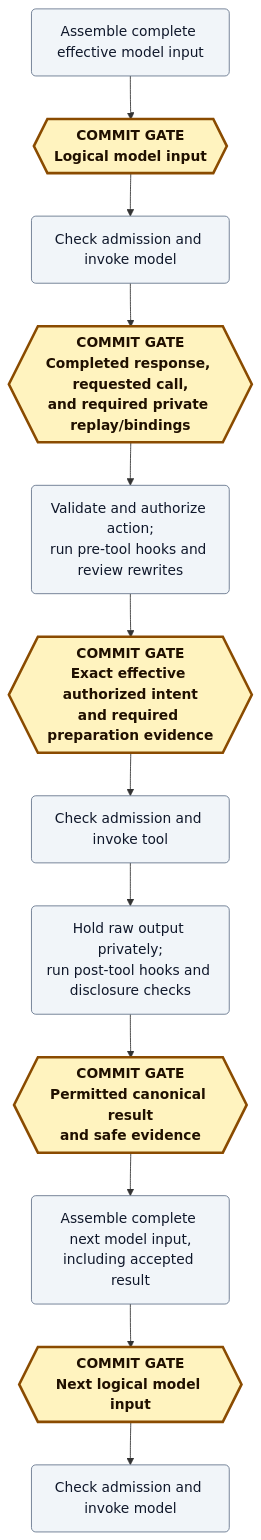
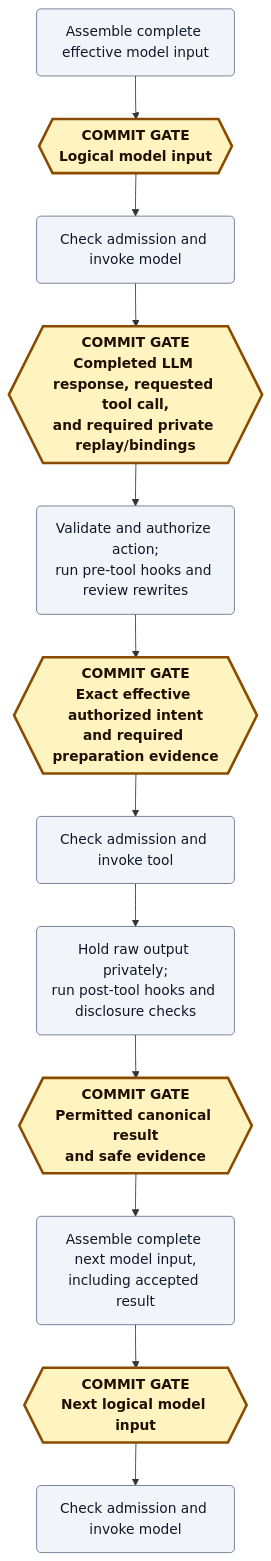
One commit to stacklok/mecatl changed the diagram in docs/drafts/session-history/execution-and-recovery.md. Above: the diagram before and after it, drawn with Mermaid. The commit also changed other lines of this file and 14 other files, not shown here.

````diff
--- a/docs/drafts/session-history/execution-and-recovery.md
+++ b/docs/drafts/session-history/execution-and-recovery.md
@@ -45,25 +45,25 @@
 ```mermaid
 flowchart TD
     assembleInput("Assemble complete effective model input")
     inputCommit{{"COMMIT GATE<br/>Logical model input"}}
     invokeModel("Check admission and invoke model")
-    responseCommit{{"COMMIT GATE<br/>Completed response, requested call,<br/>and required private replay/bindings"}}
+    responseCommit{{"COMMIT GATE<br/>Completed LLM response, requested tool call,<br/>and required private replay/bindings"}}
     prepareAction("Validate and authorize action;<br/>run pre-tool hooks and review rewrites")
     intentCommit{{"COMMIT GATE<br/>Exact effective authorized intent<br/>and required preparation evidence"}}
     invokeTool("Check admission and invoke tool")
     processOutput("Hold raw output privately;<br/>run post-tool hooks and disclosure checks")
     resultCommit{{"COMMIT GATE<br/>Permitted canonical result<br/>and safe evidence"}}
     assembleNext("Assemble complete next model input,<br/>including accepted result")
     nextInputCommit{{"COMMIT GATE<br/>Next logical model input"}}
     invokeNext("Check admission and invoke model")
 
     assembleInput --> inputCommit --> invokeModel --> responseCommit
     responseCommit --> prepareAction --> intentCommit --> invokeTool
     invokeTool --> processOutput --> resultCommit --> assembleNext
     assembleNext --> nextInputCommit --> invokeNext
 
     classDef gate fill:#fff3bf,stroke:#8a4b00,stroke-width:3px,color:#201000,font-weight:bold
     classDef work fill:#f1f5f9,stroke:#64748b,color:#0f172a
     class inputCommit,responseCommit,intentCommit,resultCommit,nextInputCommit gate
     class assembleInput,invokeModel,prepareAction,invokeTool,processOutput,assembleNext,invokeNext work
 ```
````
